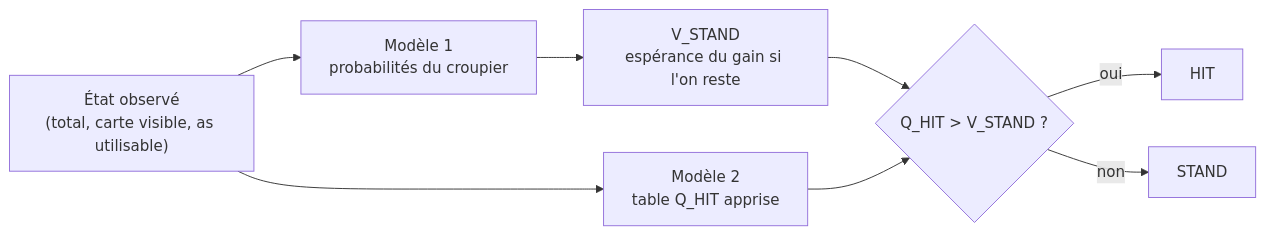
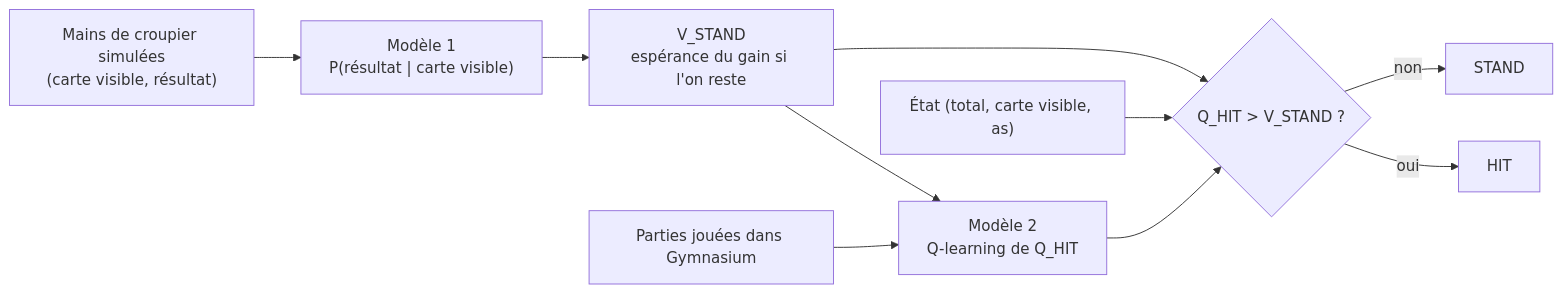
One commit to Alessandro-Daouk/Black-Jack-RL changed the diagram in README.md. Above: the diagram before and after it, drawn with Mermaid. The commit also changed other lines of this file and 6 other files, not shown here.

First line of the commit message:
Fix analysis key collision, improve surface figure, revise documentation

````diff
--- a/README.md
+++ b/README.md
@@ -479,10 +160,12 @@
 ```mermaid
 flowchart LR
-    S["État observé<br/>(total, carte visible, as utilisable)"] --> M1["Modèle 1<br/>probabilités du croupier"]
+    D["Mains de croupier simulées<br/>(carte visible, résultat)"] --> M1["Modèle 1<br/>P(résultat | carte visible)"]
     M1 --> V["V_STAND<br/>espérance du gain si l'on reste"]
-    S --> M2["Modèle 2<br/>table Q_HIT apprise"]
-    V --> C{"Q_HIT > V_STAND ?"}
+    E["Parties jouées dans Gymnasium"] --> M2["Modèle 2<br/>Q-learning de Q_HIT"]
+    V --> M2
+    S["État (total, carte visible, as)"] --> C{"Q_HIT > V_STAND ?"}
+    V --> C
     M2 --> C
     C -->|oui| H[HIT]
     C -->|non| T[STAND]
 ```
````
